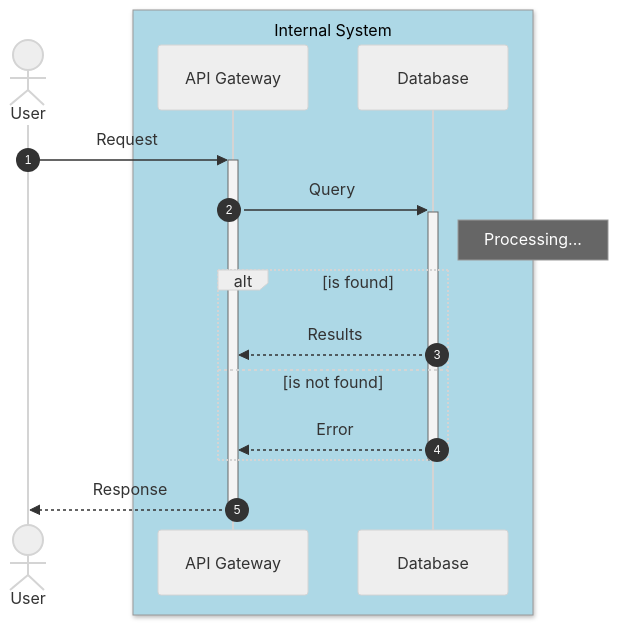
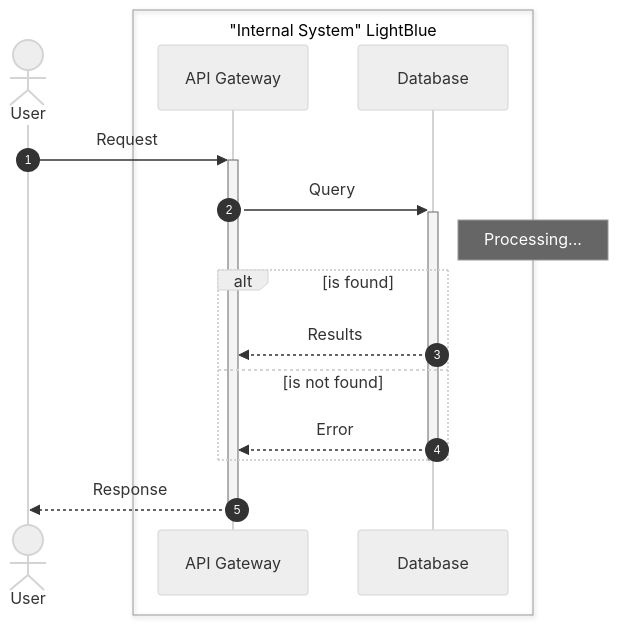
Before and after one commit to Cogni-AI-OU/cogni-ai-agent-skills: diagram 17 of 22 in mermaid/SKILL.md, drawn with Mermaid (neutral theme). The commit also changed other lines of this file and 1 other file, not shown here.

Commit message:
Fixed Mermaid syntax and parser errors

````diff
--- a/mermaid/SKILL.md
+++ b/mermaid/SKILL.md
@@ -522,22 +522,22 @@
 ```mermaid
 sequenceDiagram
     autonumber
     actor U as User
-    box LightBlue Internal System
+    box "Internal System" LightBlue
         participant A as API Gateway
         participant S as Database
     end
 
     U->>+A: Request
     A->>+S: Query
     Note right of S: Processing...
 
     alt is found
         S-->>A: Results
     else is not found
         S-->>A: Error
     end
 
     deactivate S
     A-->>-U: Response
 ```
````
